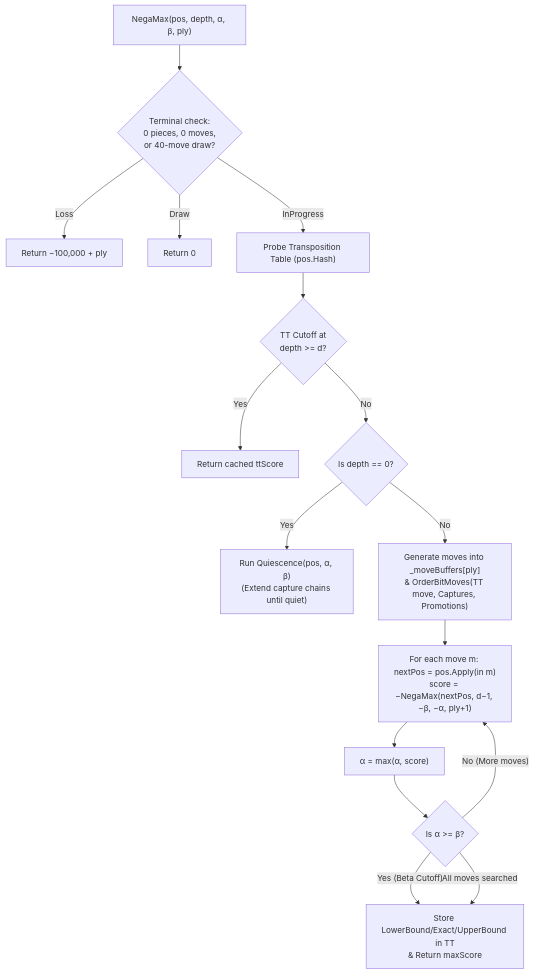
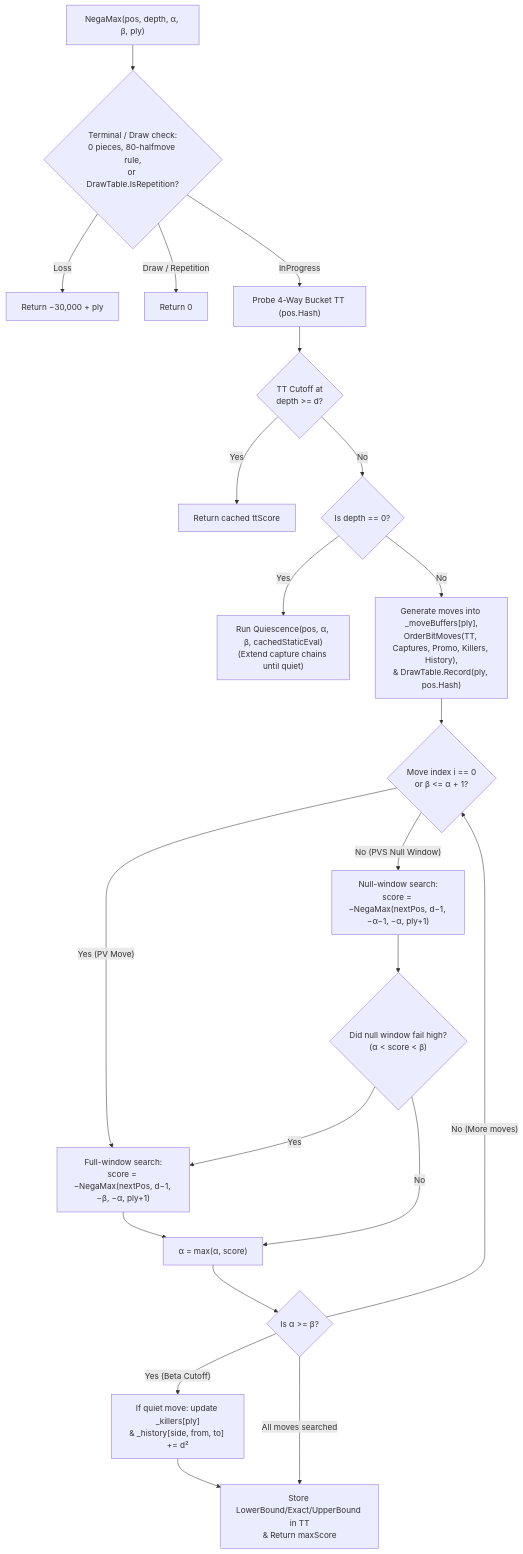
Before and after one commit to cjp-dev/Checkers: the diagram in docs/brain/07-search.md, drawn with Mermaid. The commit also changed other lines of this file and 7 other files, not shown here.

Commit message:
Phase 3 Search (Stage A: Exact) Implemented

````diff
--- a/docs/brain/07-search.md
+++ b/docs/brain/07-search.md
@@ -26,18 +26,24 @@
 ```mermaid
 flowchart TD
-    Entry["NegaMax(pos, depth, α, β, ply)"] --> Term{"Terminal check:<br/>0 pieces, 0 moves,<br/>or 40-move draw?"}
-    Term -- "Loss" --> RetLoss["Return −100,000 + ply"]
-    Term -- "Draw" --> RetDraw["Return 0"]
-    Term -- "InProgress" --> TTProbe["Probe Transposition Table (pos.Hash)"]
+    Entry["NegaMax(pos, depth, α, β, ply)"] --> Term{"Terminal / Draw check:<br/>0 pieces, 80-halfmove rule,<br/>or DrawTable.IsRepetition?"}
+    Term -- "Loss" --> RetLoss["Return −30,000 + ply"]
+    Term -- "Draw / Repetition" --> RetDraw["Return 0"]
+    Term -- "InProgress" --> TTProbe["Probe 4-Way Bucket TT (pos.Hash)"]
     TTProbe --> TTCut{"TT Cutoff at<br/>depth >= d?"}
     TTCut -- "Yes" --> RetTT["Return cached ttScore"]
     TTCut -- "No" --> Depth0{"Is depth == 0?"}
-    Depth0 -- "Yes" --> Quiesce["Run Quiescence(pos, α, β)<br/>(Extend capture chains until quiet)"]
-    Depth0 -- "No" --> GenOrder["Generate moves into _moveBuffers[ply]<br/>& OrderBitMoves(TT move, Captures, Promotions)"]
-    GenOrder --> Loop["For each move m: nextPos = pos.Apply(in m)<br/>score = −NegaMax(nextPos, d−1, −β, −α, ply+1)"]
-    Loop --> UpdateAlpha["α = max(α, score)"]
+    Depth0 -- "Yes" --> Quiesce["Run Quiescence(pos, α, β, cachedStaticEval)<br/>(Extend capture chains until quiet)"]
+    Depth0 -- "No" --> GenOrder["Generate moves into _moveBuffers[ply],<br/>OrderBitMoves(TT, Captures, Promo, Killers, History),<br/>& DrawTable.Record(ply, pos.Hash)"]
+    GenOrder --> Loop{"Move index i == 0<br/>or β <= α + 1?"}
+    Loop -- "Yes (PV Move)" --> FullWin["Full-window search:<br/>score = −NegaMax(nextPos, d−1, −β, −α, ply+1)"]
+    Loop -- "No (PVS Null Window)" --> NullWin["Null-window search:<br/>score = −NegaMax(nextPos, d−1, −α−1, −α, ply+1)"]
+    NullWin --> ReSearch{"Did null window fail high?<br/>(α < score < β)"}
+    ReSearch -- "Yes" --> FullWin
+    ReSearch -- "No" --> UpdateAlpha["α = max(α, score)"]
+    FullWin --> UpdateAlpha
     UpdateAlpha --> Cutoff{"Is α >= β?"}
-    Cutoff -- "Yes (Beta Cutoff)" --> StoreTT["Store LowerBound/Exact/UpperBound in TT<br/>& Return maxScore"]
+    Cutoff -- "Yes (Beta Cutoff)" --> KillerHist["If quiet move: update _killers[ply]<br/>& _history[side, from, to] += d²"]
+    KillerHist --> StoreTT["Store LowerBound/Exact/UpperBound in TT<br/>& Return maxScore"]
     Cutoff -- "No (More moves)" --> Loop
     Cutoff -- "All moves searched" --> StoreTT
 ```
````
